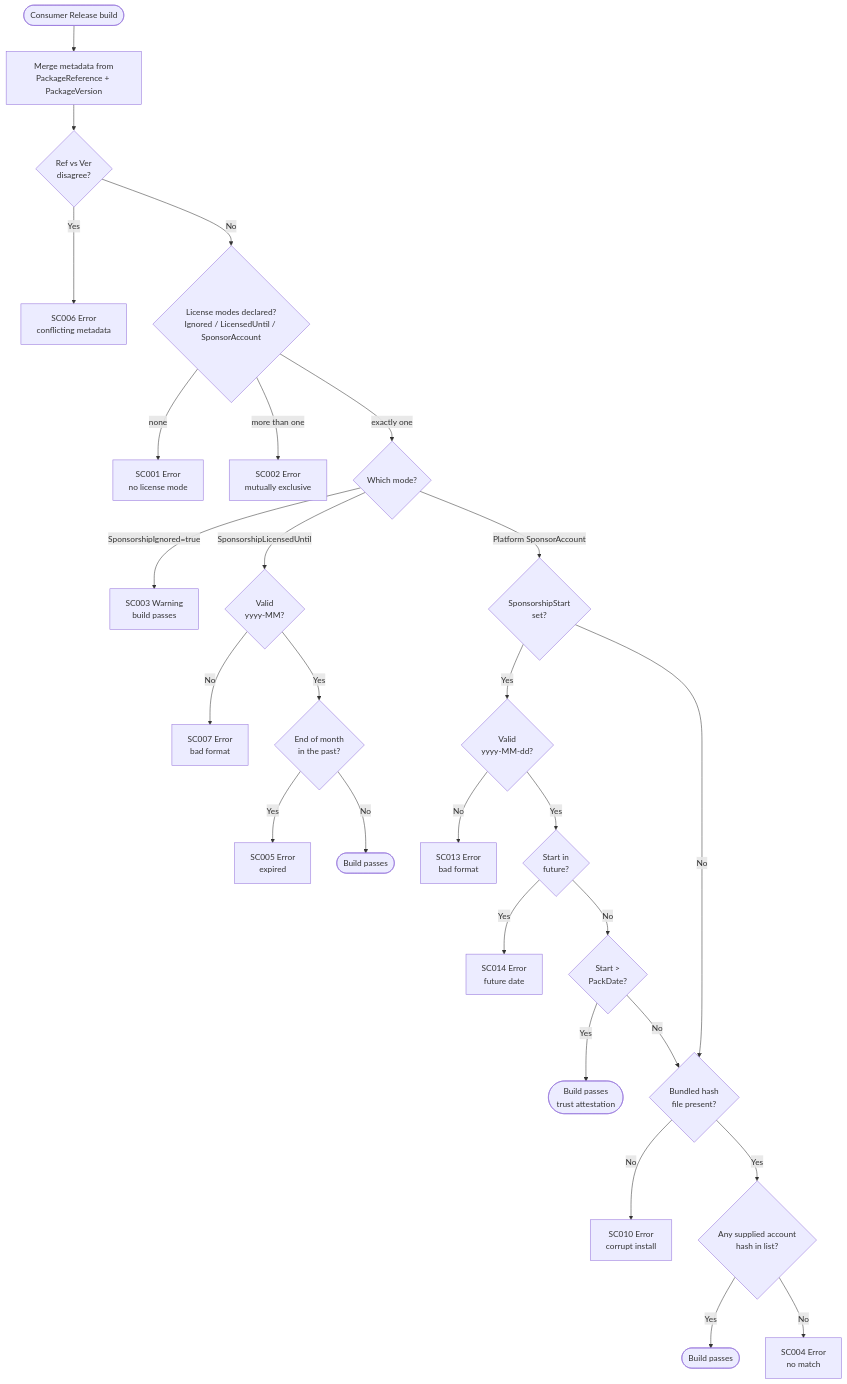
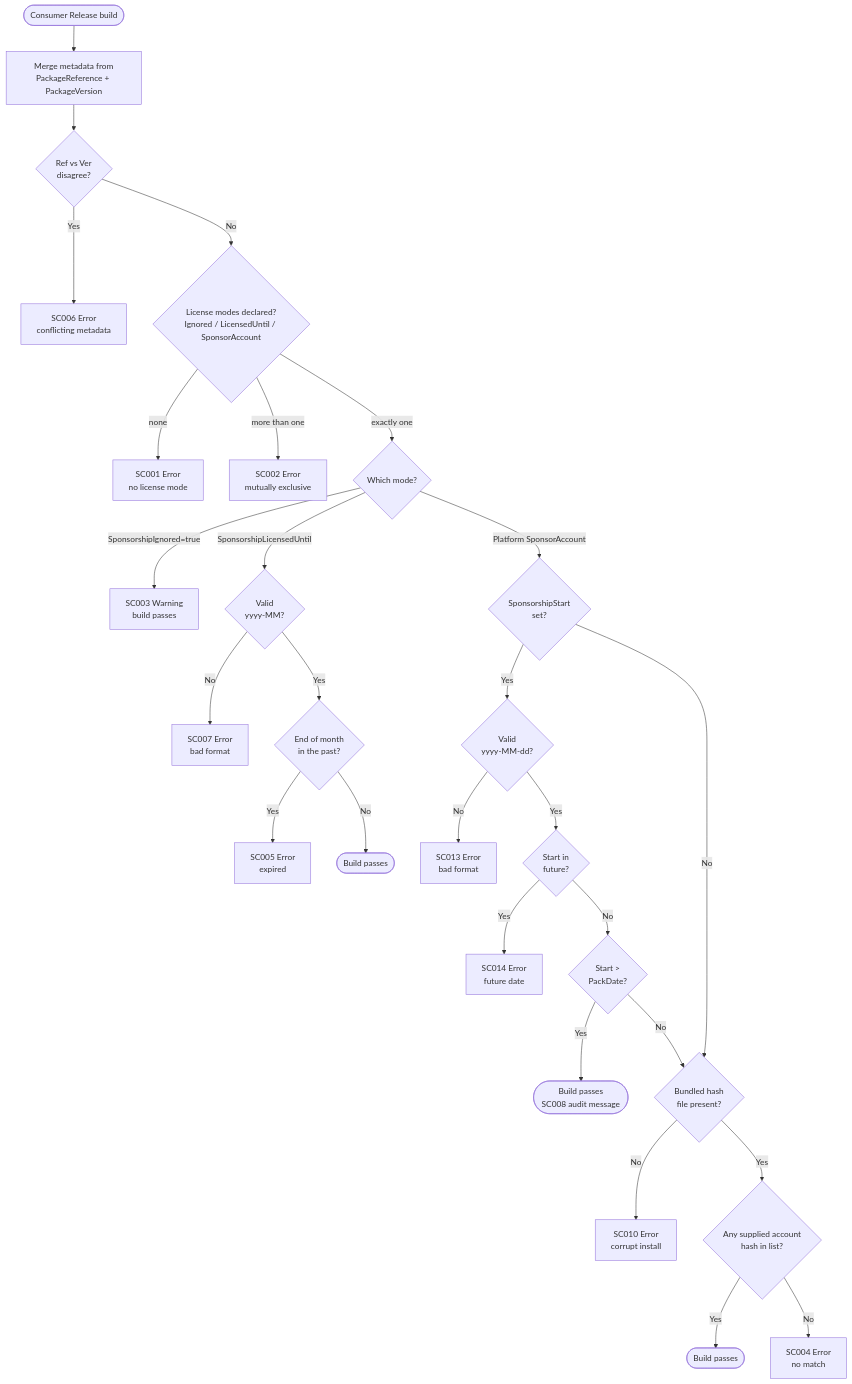
The diagram in readme.md (SimonCropp/SponsorCheck), drawn with Mermaid before and after one commit. The commit also changed other lines of this file and 5 other files, not shown here.

````diff
--- a/readme.md
+++ b/readme.md
@@ -228,34 +238,34 @@
 ```mermaid
 flowchart TD
     Start([Consumer Release build]) --> Merge[Merge metadata from<br/>PackageReference + PackageVersion]
     Merge --> Conflict{Ref vs Ver<br/>disagree?}
     Conflict -->|Yes| SC006[SC006 Error<br/>conflicting metadata]
     Conflict -->|No| Modes{License modes declared?<br/>Ignored / LicensedUntil / SponsorAccount}
     Modes -->|none| SC001[SC001 Error<br/>no license mode]
     Modes -->|more than one| SC002[SC002 Error<br/>mutually exclusive]
     Modes -->|exactly one| Which{Which mode?}
 
     Which -->|SponsorshipIgnored=true| SC003[SC003 Warning<br/>build passes]
 
     Which -->|SponsorshipLicensedUntil| ParseYM{Valid<br/>yyyy-MM?}
     ParseYM -->|No| SC007[SC007 Error<br/>bad format]
     ParseYM -->|Yes| Expired{End of month<br/>in the past?}
     Expired -->|Yes| SC005[SC005 Error<br/>expired]
     Expired -->|No| PassLicense([Build passes])
 
     Which -->|Platform SponsorAccount| HasStart{SponsorshipStart<br/>set?}
     HasStart -->|Yes| ParseStart{Valid<br/>yyyy-MM-dd?}
     ParseStart -->|No| SC013[SC013 Error<br/>bad format]
     ParseStart -->|Yes| Future{Start in<br/>future?}
     Future -->|Yes| SC014[SC014 Error<br/>future date]
     Future -->|No| AfterPack{Start &gt;<br/>PackDate?}
-    AfterPack -->|Yes| PassAttest([Build passes<br/>trust attestation])
+    AfterPack -->|Yes| PassAttest([Build passes<br/>SC008 audit message])
     AfterPack -->|No| HashFile
     HasStart -->|No| HashFile
 
     HashFile{Bundled hash<br/>file present?}
     HashFile -->|No| SC010[SC010 Error<br/>corrupt install]
     HashFile -->|Yes| Match{Any supplied account<br/>hash in list?}
     Match -->|Yes| PassSponsor([Build passes])
     Match -->|No| SC004[SC004 Error<br/>no match]
 ```
````
